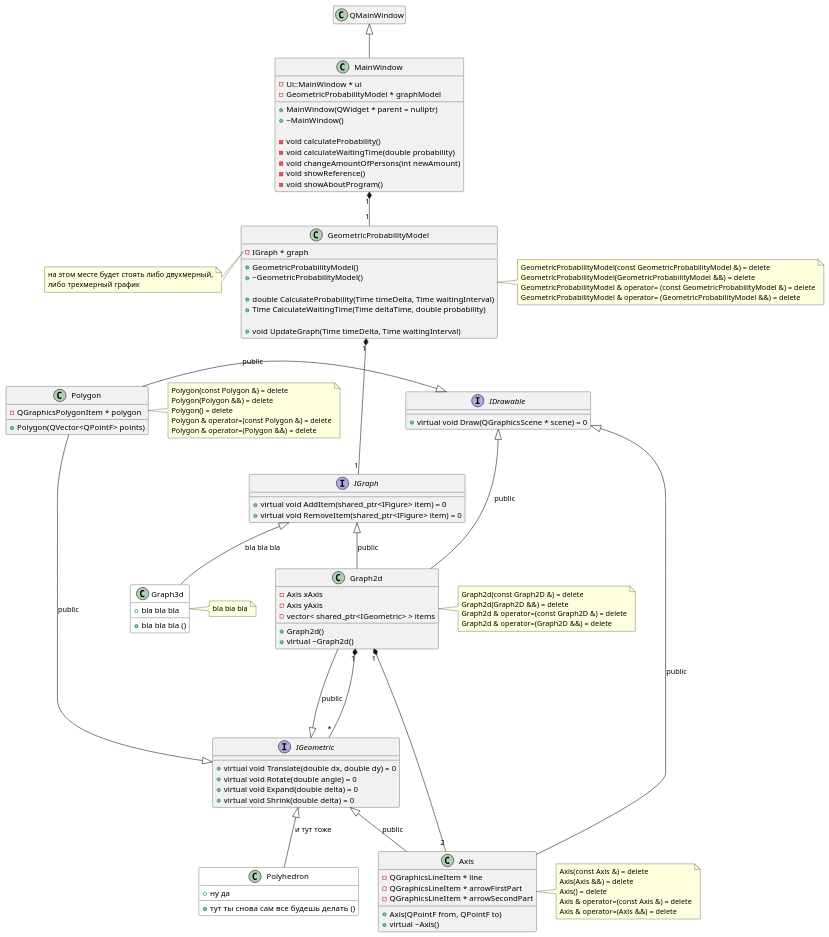
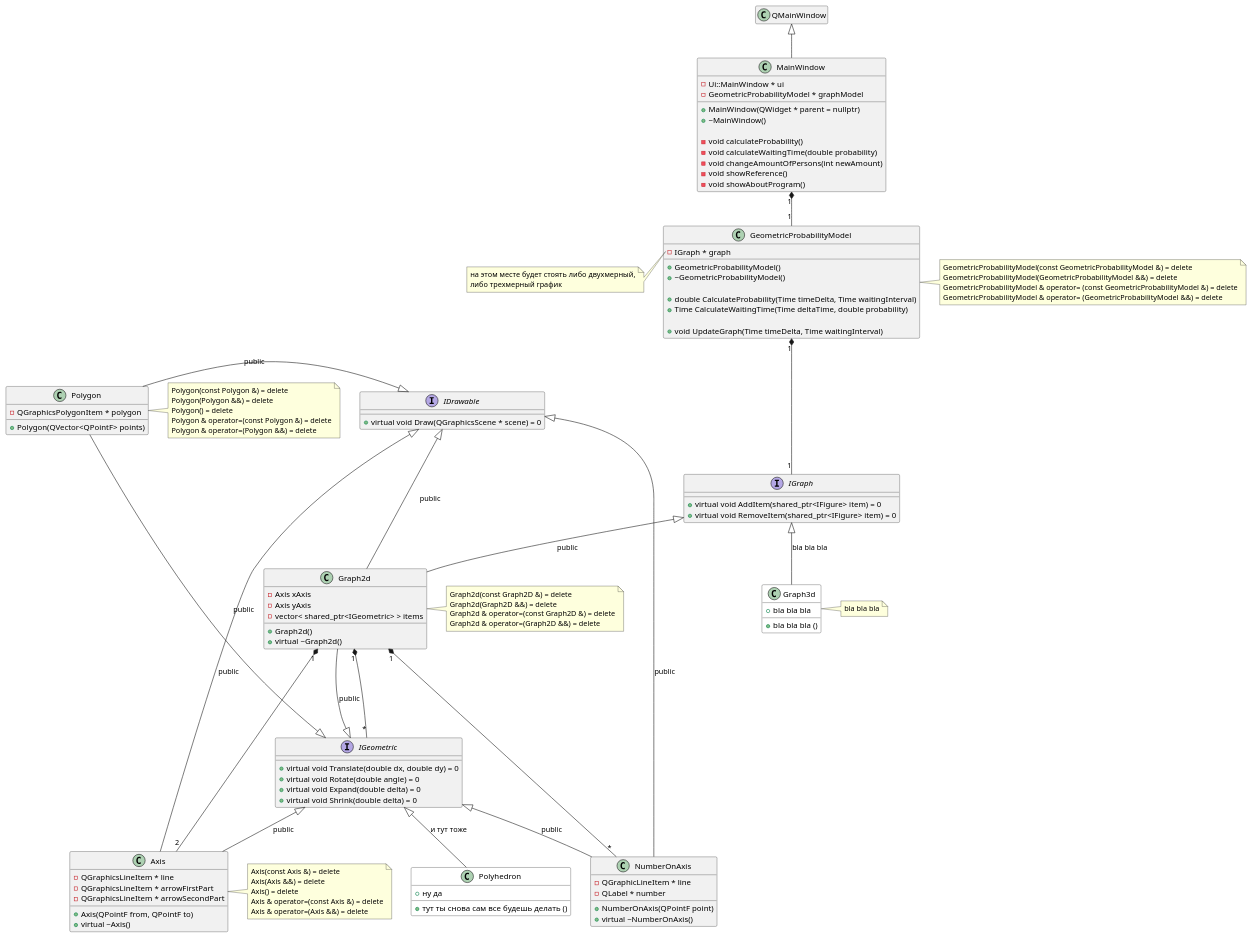
The diagram in doc/graph2d class.puml (HandsAndKeyboards/AppointmentProblem), drawn with PlantUML before and after one commit.

Commit message:
add number on axis

```diff
--- a/doc/graph2d class.puml
+++ b/doc/graph2d class.puml
@@ -1,155 +1,166 @@
-@startuml
+@startuml 
+
 'https://plantuml.com/class-diagram
 
 class MainWindow {
     - Ui::MainWindow * ui
     - GeometricProbabilityModel * graphModel
 
     + MainWindow(QWidget * parent = nullptr)
     + ~MainWindow()
 
     - void calculateProbability()
     - void calculateWaitingTime(double probability)
     - void changeAmountOfPersons(int newAmount)
     - void showReference()
     - void showAboutProgram()
 }
 QMainWindow <|-- MainWindow
 hide QMainWindow members
 
 
 
 class GeometricProbabilityModel {
     - IGraph * graph
 
     + GeometricProbabilityModel()
     + ~GeometricProbabilityModel()
 
     + double CalculateProbability(Time timeDelta, Time waitingInterval)
     + Time CalculateWaitingTime(Time deltaTime, double probability)
 
     + void UpdateGraph(Time timeDelta, Time waitingInterval)
 }
 MainWindow "1" *-- "1" GeometricProbabilityModel
 note left of GeometricProbabilityModel::"graph"
     на этом месте будет стоять либо двухмерный,
     либо трехмерный график
 end note
 note right of GeometricProbabilityModel
     GeometricProbabilityModel(const GeometricProbabilityModel &) = delete
     GeometricProbabilityModel(GeometricProbabilityModel &&) = delete
     GeometricProbabilityModel & operator= (const GeometricProbabilityModel &) = delete
     GeometricProbabilityModel & operator= (GeometricProbabilityModel &&) = delete
 end note
 
 
 
 interface IGraph {
     + virtual void AddItem(shared_ptr<IFigure> item) = 0
     + virtual void RemoveItem(shared_ptr<IFigure> item) = 0
 }
 GeometricProbabilityModel "1" *--- "1" IGraph
 note left of IGraph::"mainFigure"
     основная фигура, характеризующая
     геометрическую вероятность
 end note
 note left of IGraph::"boundingFigure"
     фигура, ограничивающая основную
 end note
 
 
 
 class Graph2d {
     - Axis xAxis
     - Axis yAxis
     - vector< shared_ptr<IGeometric> > items
 
     + Graph2d()
     + virtual ~Graph2d()
 }
 IGraph <|-- Graph2d : public
 IGeometric <|--- Graph2d : public
 IDrawable <|--- Graph2d : public
 note right of Graph2d
     Graph2d(const Graph2D &) = delete
     Graph2d(Graph2D &&) = delete
     Graph2d & operator=(const Graph2D &) = delete
     Graph2d & operator=(Graph2D &&) = delete
 end note
 
 
 
 class Graph3d #white { /' #white окрашивает объект в белый цвет '/
     + bla bla bla
     + bla bla bla ()
 }
 IGraph <|-- Graph3d : bla bla bla
 note right of Graph3d
     bla bla bla
 end note
 
 
 
 class Axis {
     - QGraphicsLineItem * line
     - QGraphicsLineItem * arrowFirstPart
     - QGraphicsLineItem * arrowSecondPart
 
     + Axis(QPointF from, QPointF to)
     + virtual ~Axis()
 }
 IGeometric <|-- Axis : public
 IDrawable <|-- Axis : public
 Graph2d "1" *-- "2" Axis
 note right of Axis
     Axis(const Axis &) = delete
     Axis(Axis &&) = delete
     Axis() = delete
     Axis & operator=(const Axis &) = delete
     Axis & operator=(Axis &&) = delete
 end note
 
 
+class NumberOnAxis {
+    - QGraphicLineItem * line
+    - QLabel * number
+
+    + NumberOnAxis(QPointF point)
+    + virtual ~NumberOnAxis()
+}
+IGeometric <|-- NumberOnAxis : public
+IDrawable <|-- NumberOnAxis : public
+Graph2d "1" *-- "*" NumberOnAxis
+
 
 interface IGeometric {
     + virtual void Translate(double dx, double dy) = 0
     + virtual void Rotate(double angle) = 0
     + virtual void Expand(double delta) = 0
     + virtual void Shrink(double delta) = 0
 }
 Graph2d "1" *-- "*" IGeometric
-
 
 
 class Polygon {
     - QGraphicsPolygonItem * polygon
 
     + Polygon(QVector<QPointF> points)
 }
 IGeometric <|-- Polygon : public
 IDrawable <|-left- Polygon : public
 note right of Polygon
     Polygon(const Polygon &) = delete
     Polygon(Polygon &&) = delete
     Polygon() = delete
     Polygon & operator=(const Polygon &) = delete
     Polygon & operator=(Polygon &&) = delete
 end note
 
 
 
 
 class Polyhedron #white { /' #white окрашивает объект в белый цвет '/
     + ну да
     + тут ты снова сам все будешь делать ()
 }
 IGeometric <|-- Polyhedron : и тут тоже
 
 
 
 interface IDrawable {
     + virtual void Draw(QGraphicsScene * scene) = 0
 }
 
 
 @enduml
```
